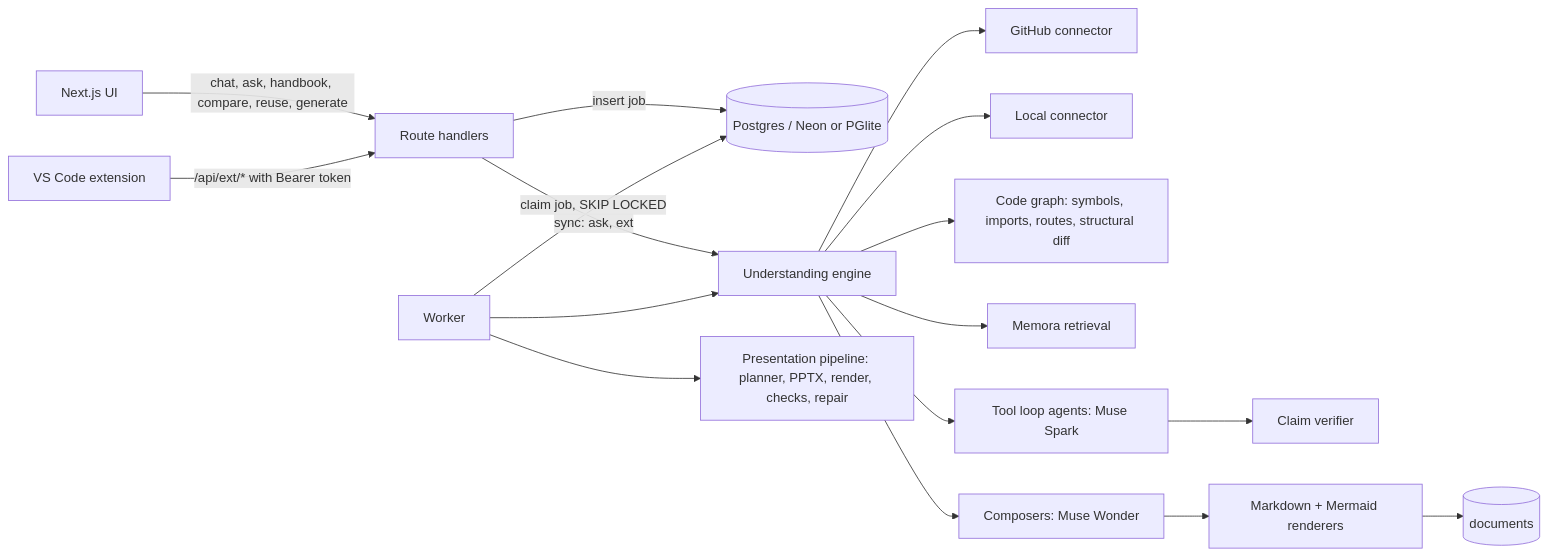
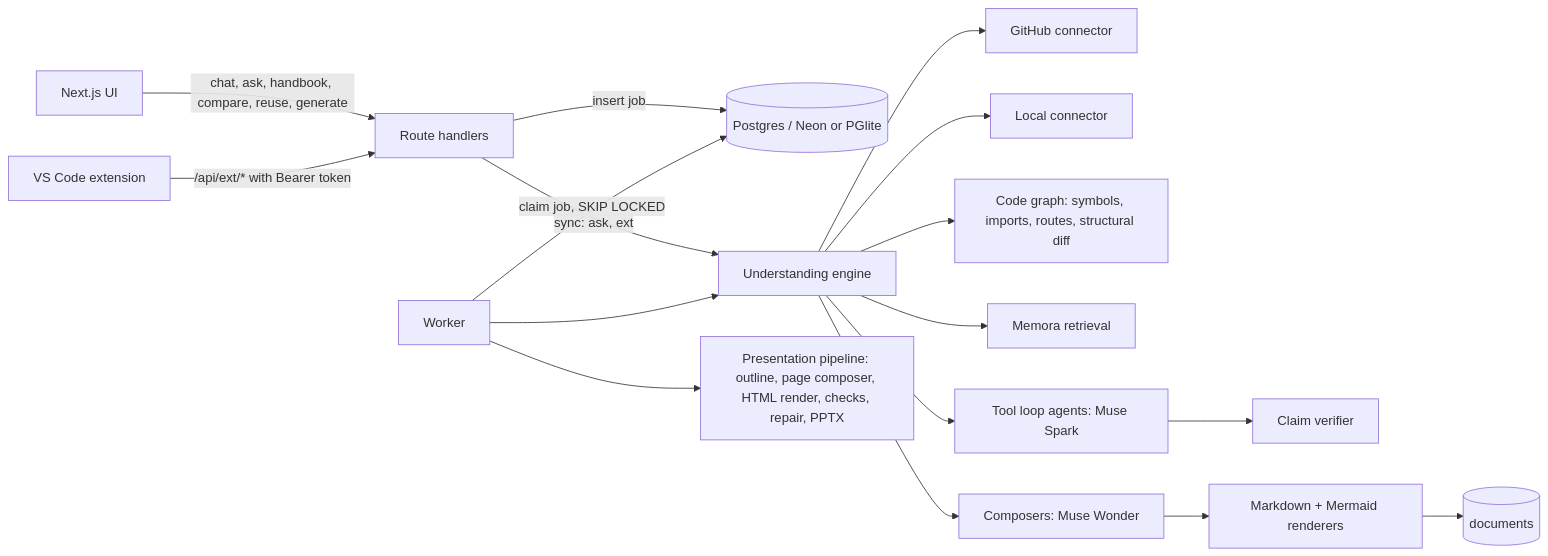
Before and after one commit to Gopinathv19/GitFill: the diagram in docs/architecture.md, drawn with Mermaid. The commit also changed other lines of this file and 48 other files, not shown here.

````diff
--- a/docs/architecture.md
+++ b/docs/architecture.md
@@ -5,19 +5,19 @@
 ```mermaid
 flowchart LR
   UI[Next.js UI] -->|chat, ask, handbook, compare, reuse, generate| API[Route handlers]
   EXT[VS Code extension] -->|/api/ext/* with Bearer token| API
   API -->|insert job| DB[(Postgres / Neon or PGlite)]
   API -->|sync: ask, ext| ENG
   W[Worker] -->|claim job, SKIP LOCKED| DB
   W --> ENG[Understanding engine]
   ENG --> GH[GitHub connector]
   ENG --> LC[Local connector]
   ENG --> CG[Code graph: symbols, imports, routes, structural diff]
   ENG --> MEM[Memora retrieval]
   ENG --> AG[Tool loop agents: Muse Spark]
   AG --> EV[Claim verifier]
   ENG --> CO[Composers: Muse Wonder]
   CO --> RD[Markdown + Mermaid renderers]
   RD --> DOC[(documents)]
-  W --> P[Presentation pipeline: planner, PPTX, render, checks, repair]
+  W --> P[Presentation pipeline: outline, page composer, HTML render, checks, repair, PPTX]
 ```
````
